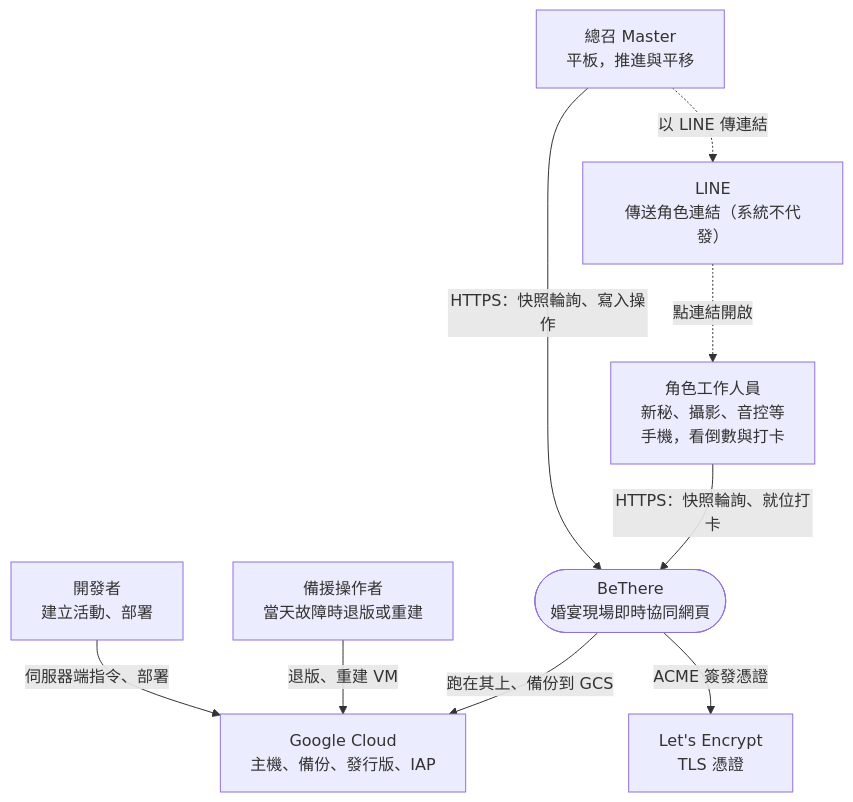
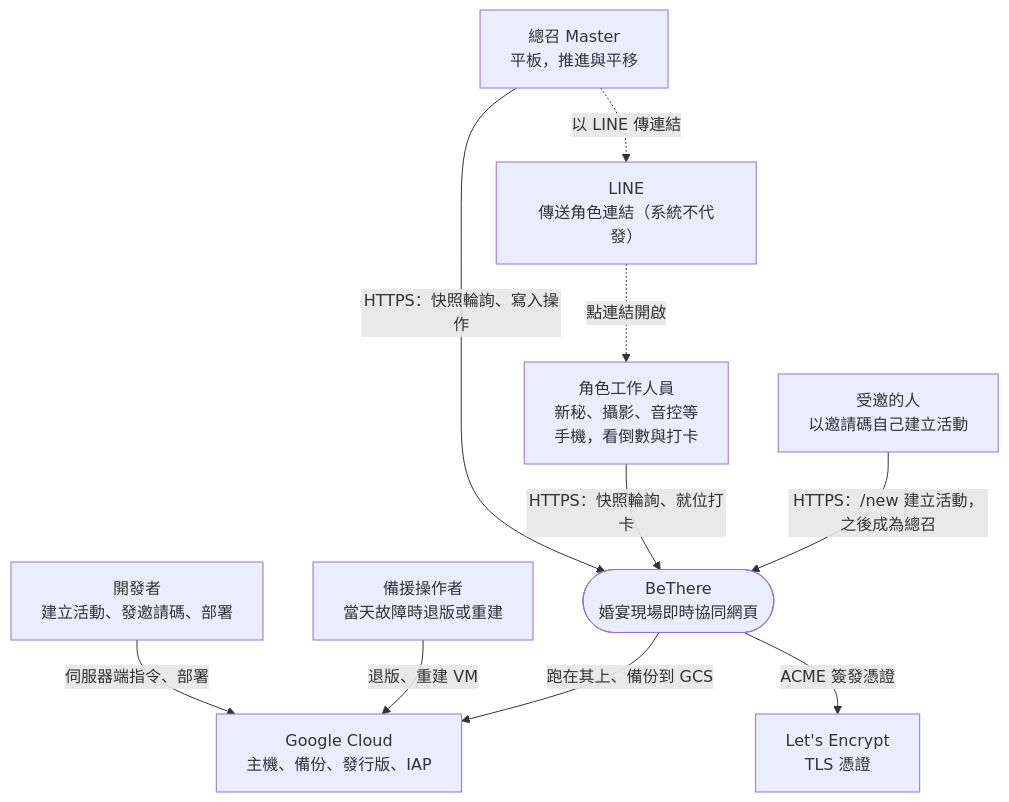
Before and after one commit to BensonPigo/bethere: the first of 3 diagrams in docs/architecture/overview.md, drawn with Mermaid. The commit also changed 41 other files, not shown here.

````diff
--- a/docs/architecture/overview.md
+++ b/docs/architecture/overview.md
@@ -31,22 +31,24 @@
 ```mermaid
 flowchart TB
     master["總召 Master<br/>平板，推進與平移"]
     staff["角色工作人員<br/>新秘、攝影、音控等<br/>手機，看倒數與打卡"]
-    dev["開發者<br/>建立活動、部署"]
+    dev["開發者<br/>建立活動、發邀請碼、部署"]
+    invited["受邀的人<br/>以邀請碼自己建立活動"]
     ops["備援操作者<br/>當天故障時退版或重建"]
 
     bethere(["BeThere<br/>婚宴現場即時協同網頁"])
 
     line["LINE<br/>傳送角色連結（系統不代發）"]
     gcp["Google Cloud<br/>主機、備份、發行版、IAP"]
     le["Let's Encrypt<br/>TLS 憑證"]
 
     master -- "HTTPS：快照輪詢、寫入操作" --> bethere
     staff -- "HTTPS：快照輪詢、就位打卡" --> bethere
+    invited -- "HTTPS：/new 建立活動，之後成為總召" --> bethere
     master -. "以 LINE 傳連結" .-> line
     line -. "點連結開啟" .-> staff
     dev -- "伺服器端指令、部署" --> gcp
     ops -- "退版、重建 VM" --> gcp
     bethere -- "跑在其上、備份到 GCS" --> gcp
     bethere -- "ACME 簽發憑證" --> le
 ```
````
